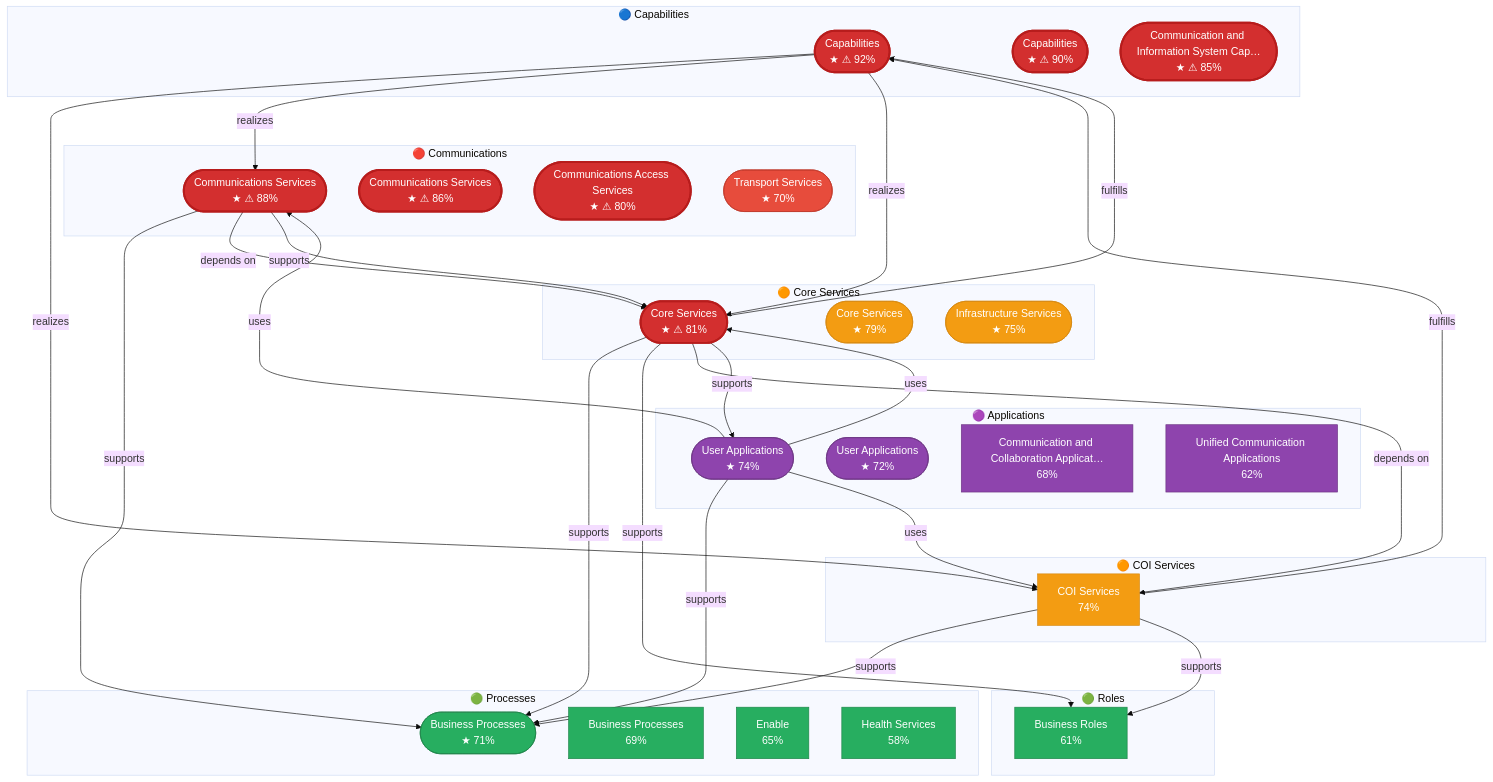
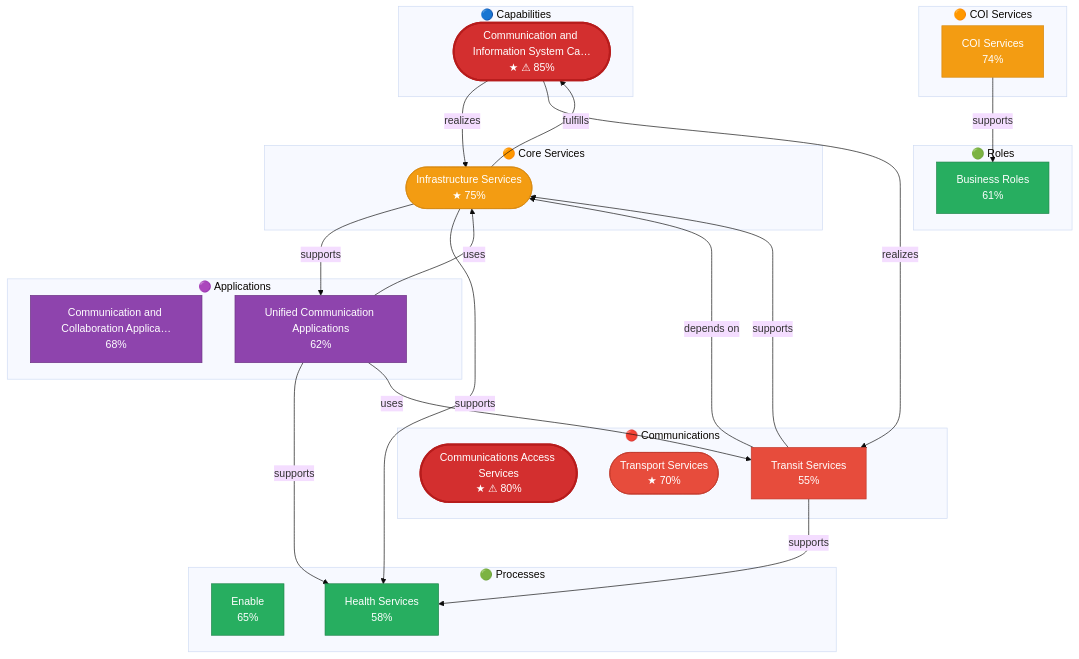
Before and after one commit to carstenartur/Taxonomy: the second of 2 diagrams in README.md, drawn with Mermaid (base theme). The commit also changed other lines of this file and 2 other files, not shown here.

Commit message:
Fix stale README Mermaid diagram and add drift-prevention test (#305)

````diff
--- a/README.md
+++ b/README.md
@@ -63,89 +63,61 @@
 ```mermaid
 flowchart TD
     subgraph Capabilities["🔵 Capabilities"]
-        CP(["Capabilities<br/>★ ⚠ 92%"])
-        CP_1000(["Capabilities<br/>★ ⚠ 90%"])
-        CP_1023(["Communication and Information System Cap…<br/>★ ⚠ 85%"])
+        CP_1023(["Communication and Information System Ca…<br/>★ ⚠ 85%"])
     end
-    subgraph Communications_Services["🔴 Communications"]
-        CO(["Communications Services<br/>★ ⚠ 88%"])
-        CO_1000(["Communications Services<br/>★ ⚠ 86%"])
-        CO_1011(["Communications Access Services<br/>★ ⚠ 80%"])
-        CO_1063(["Transport Services<br/>★ 70%"])
+    subgraph Business_Processes["🟢 Processes"]
+        BP_1327["Enable<br/>65%"]
+        BP_1490["Health Services<br/>58%"]
+    end
+    subgraph Business_Roles["🟢 Roles"]
+        BR["Business Roles<br/>61%"]
     end
     subgraph Core_Services["🟠 Core Services"]
-        CR(["Core Services<br/>★ ⚠ 81%"])
-        CR_1000(["Core Services<br/>★ 79%"])
         CR_1047(["Infrastructure Services<br/>★ 75%"])
     end
     subgraph COI_Services["🟠 COI Services"]
         CI["COI Services<br/>74%"]
     end
     subgraph User_Applications["🟣 Applications"]
-        UA(["User Applications<br/>★ 74%"])
-        UA_1000(["User Applications<br/>★ 72%"])
-        UA_1179["Communication and Collaboration Applicat…<br/>68%"]
+        UA_1179["Communication and Collaboration Applica…<br/>68%"]
         UA_1574["Unified Communication Applications<br/>62%"]
     end
-    subgraph Business_Processes["🟢 Processes"]
-        BP(["Business Processes<br/>★ 71%"])
-        BP_1000["Business Processes<br/>69%"]
-        BP_1327["Enable<br/>65%"]
-        BP_1490["Health Services<br/>58%"]
+    subgraph Communications_Services["🔴 Communications"]
+        CO_1011(["Communications Access Services<br/>★ ⚠ 80%"])
+        CO_1063(["Transport Services<br/>★ 70%"])
+        CO_1050["Transit Services<br/>55%"]
     end
-    subgraph Business_Roles["🟢 Roles"]
-        BR["Business Roles<br/>61%"]
-    end
-    CP -->|realizes| CI
-    CP -->|realizes| CO
-    CP -->|realizes| CR
-    CO -->|supports| BP
-    CO -->|depends on| CR
-    CO -->|supports| CR
-    CR -->|supports| BP
-    CR -->|supports| BR
-    CR -->|fulfills| CP
-    CR -->|depends on| CI
-    CR -->|supports| UA
-    UA -->|supports| BP
-    UA -->|uses| CI
-    UA -->|uses| CO
-    UA -->|uses| CR
-    CI -->|supports| BP
+    CP_1023 -->|realizes| CR_1047
+    CR_1047 -->|fulfills| CP_1023
+    CR_1047 -->|supports| UA_1574
+    UA_1574 -->|uses| CR_1047
+    CR_1047 -->|supports| BP_1490
+    UA_1574 -->|supports| BP_1490
+    CP_1023 -->|realizes| CO_1050
+    CO_1050 -->|supports| BP_1490
+    CO_1050 -->|depends on| CR_1047
+    CO_1050 -->|supports| CR_1047
+    UA_1574 -->|uses| CO_1050
     CI -->|supports| BR
-    CI -->|fulfills| CP
     classDef cap fill:#4A90D9,color:#fff,stroke:#2171B5
-    classDef comm fill:#E74C3C,color:#fff,stroke:#C0392B
+    classDef proc fill:#27AE60,color:#fff,stroke:#1E8449
+    classDef role fill:#27AE60,color:#fff,stroke:#1E8449
     classDef svc fill:#F39C12,color:#fff,stroke:#D68910
     classDef app fill:#8E44AD,color:#fff,stroke:#6C3483
-    classDef proc fill:#27AE60,color:#fff,stroke:#1E8449
-    classDef role fill:#27AE60,color:#fff,stroke:#1E8449
+    classDef info fill:#3498DB,color:#fff,stroke:#2980B9
+    classDef comm fill:#E74C3C,color:#fff,stroke:#C0392B
     classDef hotspot fill:#D32F2F,color:#fff,stroke:#B71C1C,stroke-width:3px
-    class CP cap
-    class CP hotspot
-    class CP_1000 cap
-    class CP_1000 hotspot
     class CP_1023 cap
     class CP_1023 hotspot
-    class CO comm
-    class CO hotspot
-    class CO_1000 comm
-    class CO_1000 hotspot
+    class BP_1327 proc
+    class BP_1490 proc
+    class BR role
+    class CR_1047 svc
+    class CI svc
+    class UA_1179 app
+    class UA_1574 app
     class CO_1011 comm
     class CO_1011 hotspot
     class CO_1063 comm
-    class CR svc
-    class CR hotspot
-    class CR_1000 svc
-    class CR_1047 svc
-    class CI svc
-    class UA app
-    class UA_1000 app
-    class UA_1179 app
-    class UA_1574 app
-    class BP proc
-    class BP_1000 proc
-    class BP_1327 proc
-    class BP_1490 proc
-    class BR role
+    class CO_1050 comm
 ```
````
